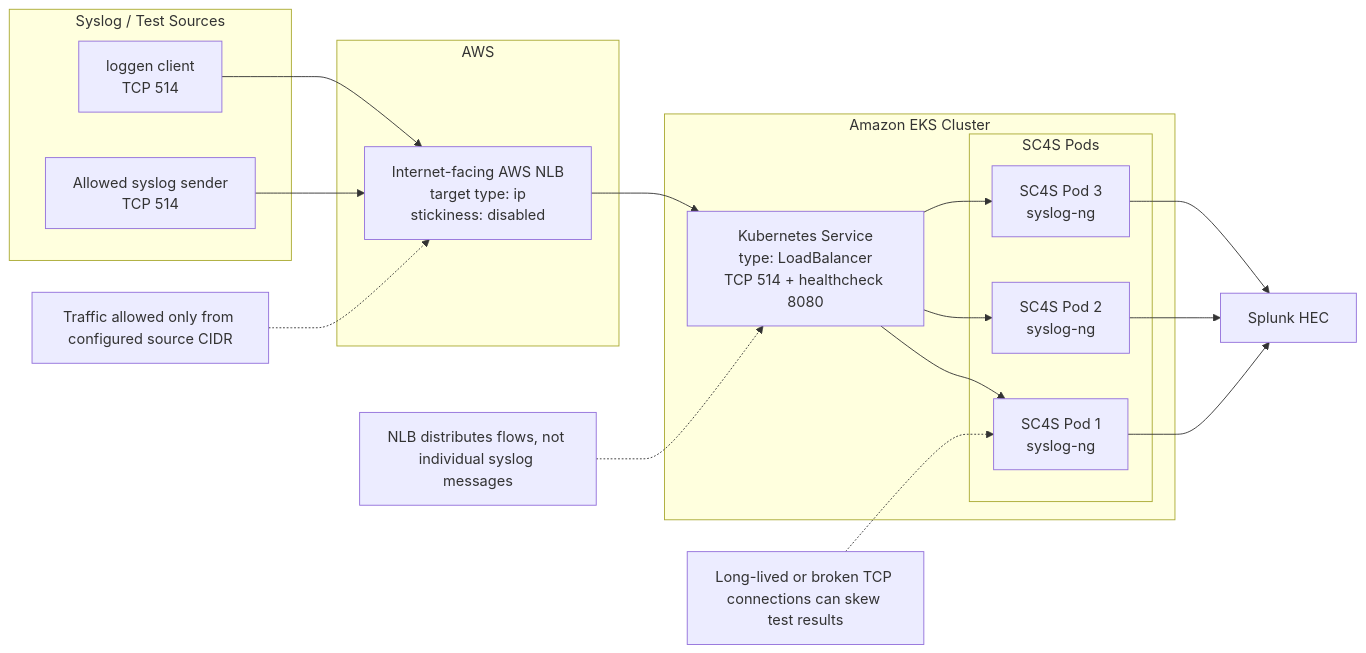
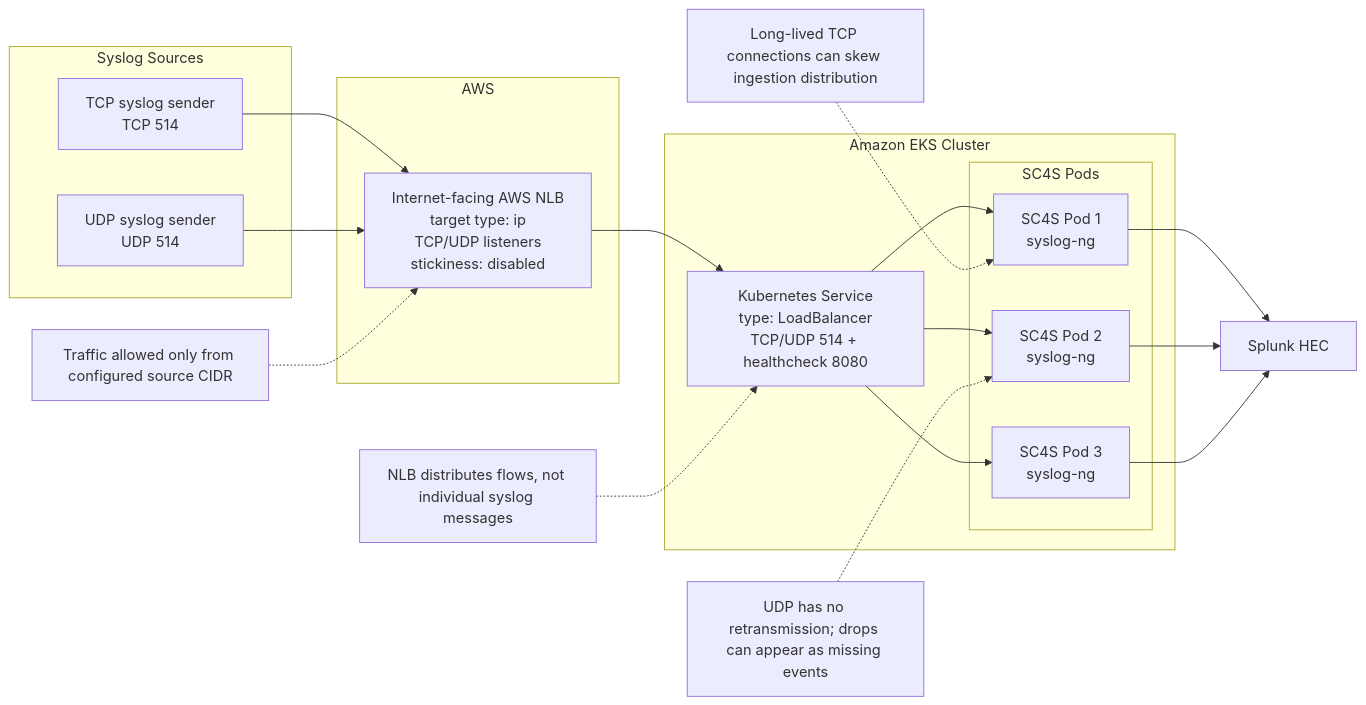
The diagram in docs/architecture/lb/nlb.md (splunk/splunk-connect-for-syslog), drawn with Mermaid before and after one commit. The commit also changed other lines of this file, not shown here.

````diff
--- a/docs/architecture/lb/nlb.md
+++ b/docs/architecture/lb/nlb.md
@@ -19,37 +20,38 @@
 ```mermaid
 flowchart LR
-    subgraph Sources["Syslog / Test Sources"]
-        L["loggen client<br/>TCP 514"]
-        S1["Allowed syslog sender<br/>TCP 514"]
+    subgraph Sources["Syslog Sources"]
+        T["TCP syslog sender<br/>TCP 514"]
+        U["UDP syslog sender<br/>UDP 514"]
     end
 
     subgraph AWS["AWS"]
-        NLB["Internet-facing AWS NLB<br/>target type: ip<br/>stickiness: disabled"]
+        NLB["Internet-facing AWS NLB<br/>target type: ip<br/>TCP/UDP listeners<br/>stickiness: disabled"]
     end
 
     subgraph EKS["Amazon EKS Cluster"]
-        SVC["Kubernetes Service<br/>type: LoadBalancer<br/>TCP 514 + healthcheck 8080"]
+        SVC["Kubernetes Service<br/>type: LoadBalancer<br/>TCP/UDP 514 + healthcheck 8080"]
 
         subgraph SC4S["SC4S Pods"]
             P1["SC4S Pod 1<br/>syslog-ng"]
             P2["SC4S Pod 2<br/>syslog-ng"]
             P3["SC4S Pod 3<br/>syslog-ng"]
         end
     end
 
     SPLUNK["Splunk HEC"]
 
-    L --> NLB
-    S1 --> NLB
+    T --> NLB
+    U --> NLB
     NLB --> SVC
     SVC --> P1
     SVC --> P2
     SVC --> P3
     P1 --> SPLUNK
     P2 --> SPLUNK
     P3 --> SPLUNK
 
     NOTE1["Traffic allowed only from configured source CIDR"] -.-> NLB
     NOTE2["NLB distributes flows, not individual syslog messages"] -.-> SVC
-    NOTE3["Long-lived or broken TCP connections can skew test results"] -.-> P1
+    NOTE3["Long-lived TCP connections can skew ingestion distribution"] -.-> P1
+    NOTE4["UDP has no retransmission; drops can appear as missing events"] -.-> P2
 ```
````
